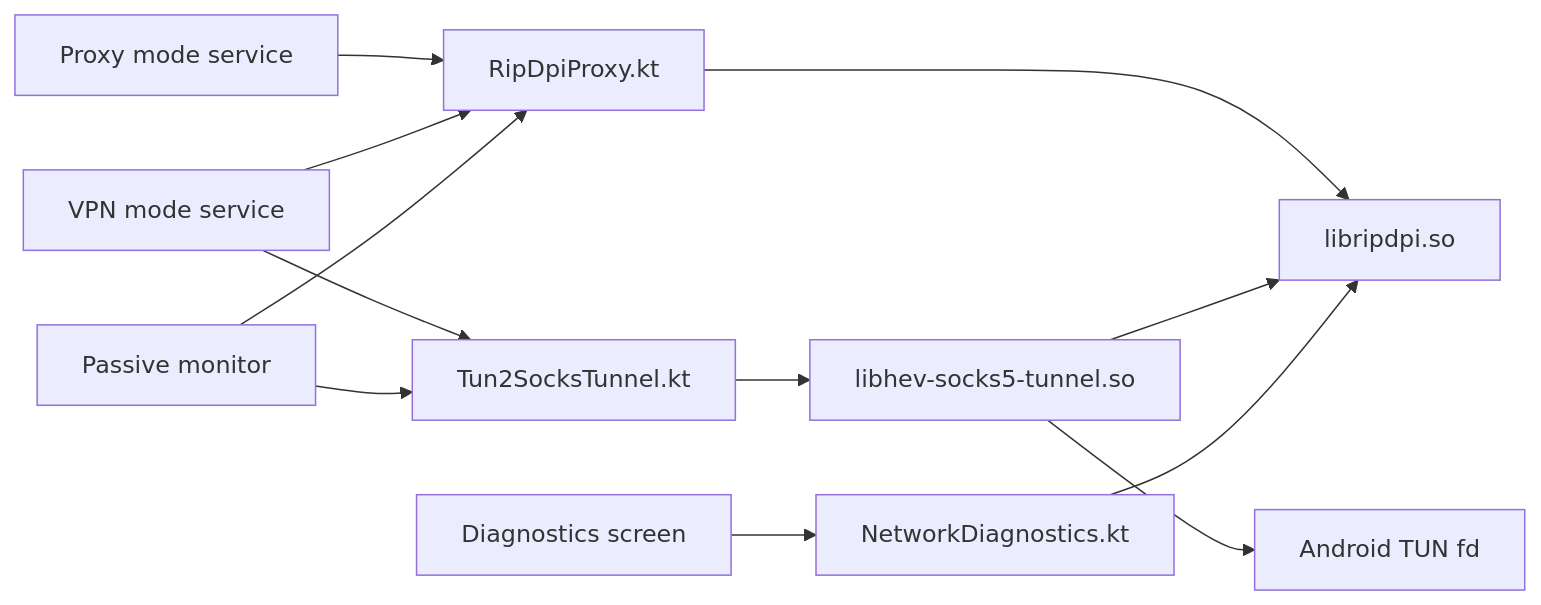
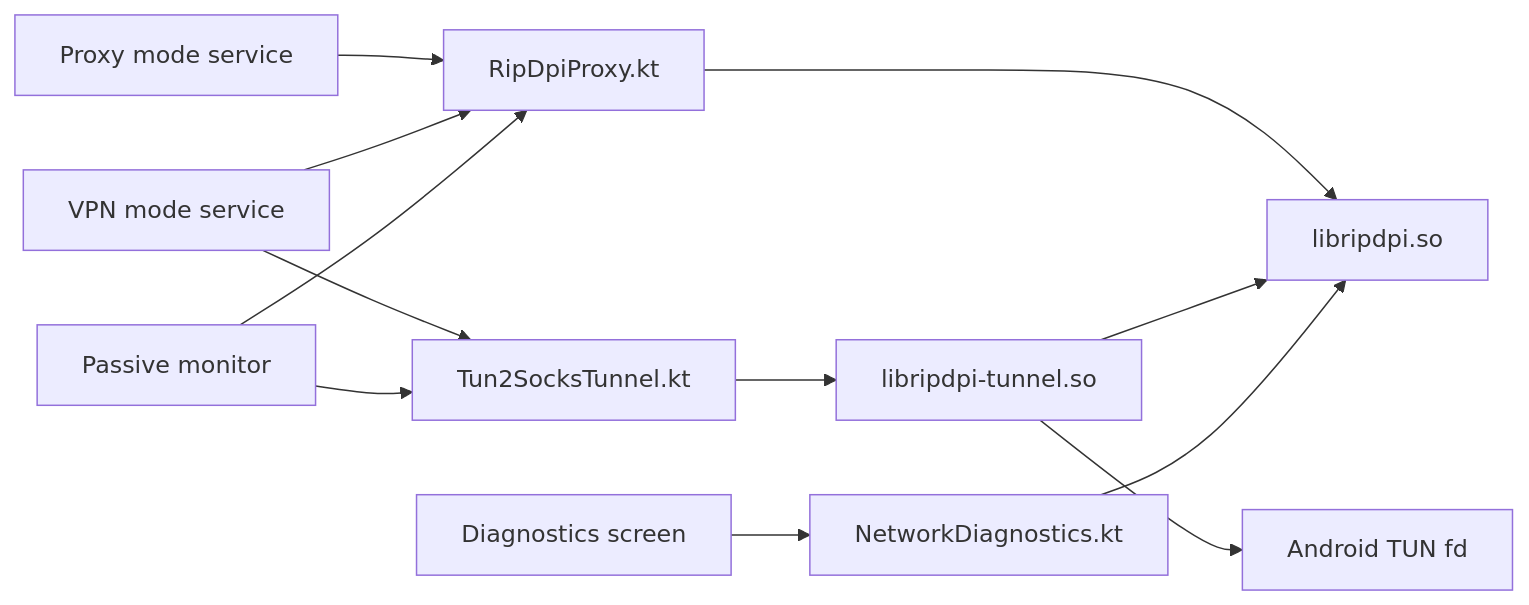
Before and after one commit to po4yka/RIPDPI: the diagram in docs/native/README.md, drawn with Mermaid. The commit also changed other lines of this file and 53 other files, not shown here.

````diff
--- a/docs/native/README.md
+++ b/docs/native/README.md
@@ -35,14 +35,14 @@
 ```mermaid
 flowchart LR
   A["Proxy mode service"] --> B["RipDpiProxy.kt"]
   C["VPN mode service"] --> B
   B --> D["libripdpi.so"]
   C --> E["Tun2SocksTunnel.kt"]
-  E --> F["libhev-socks5-tunnel.so"]
+  E --> F["libripdpi-tunnel.so"]
   F --> G["Android TUN fd"]
   F --> D
   H["Diagnostics screen"] --> I["NetworkDiagnostics.kt"]
   I --> D
   J["Passive monitor"] --> B
   J --> E
 ```
````
